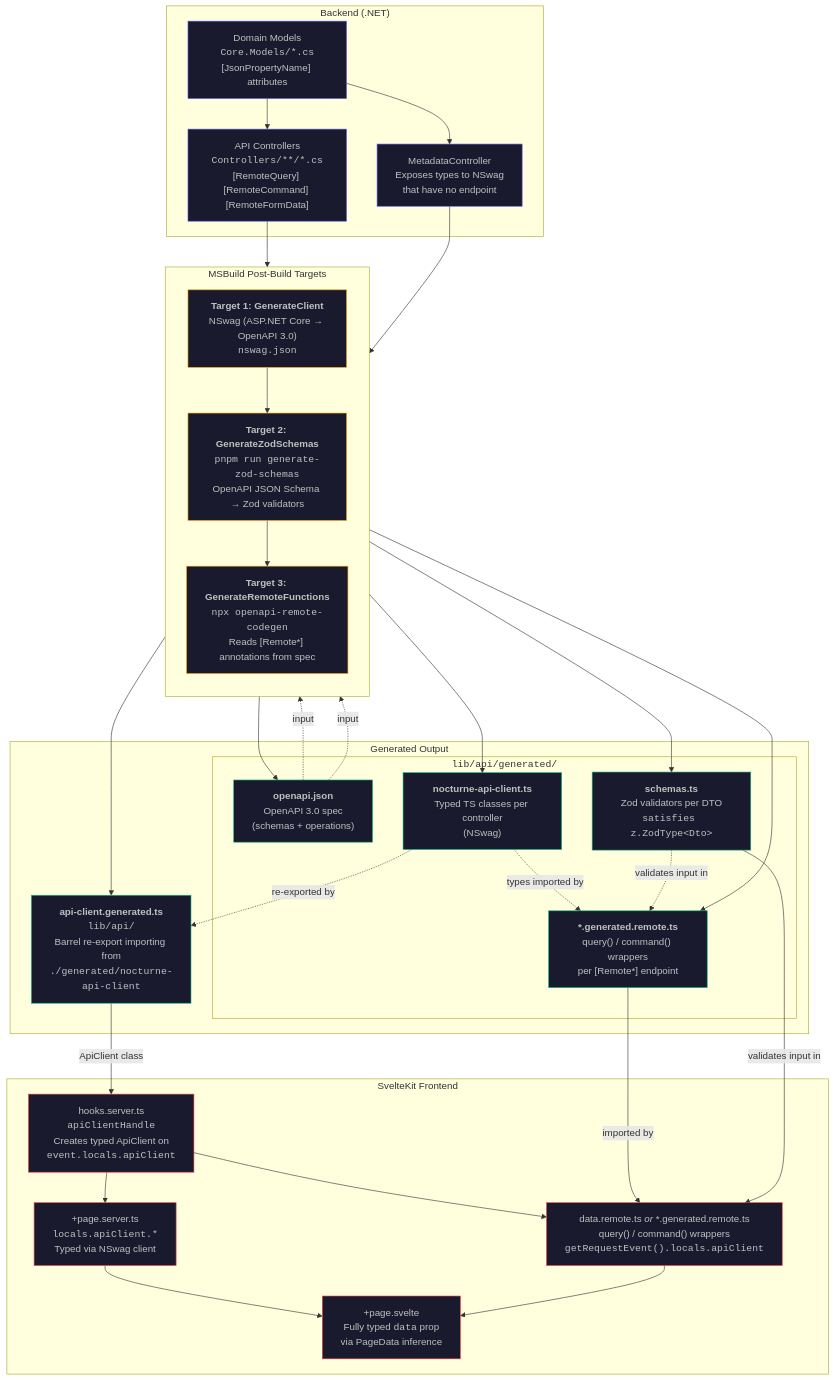
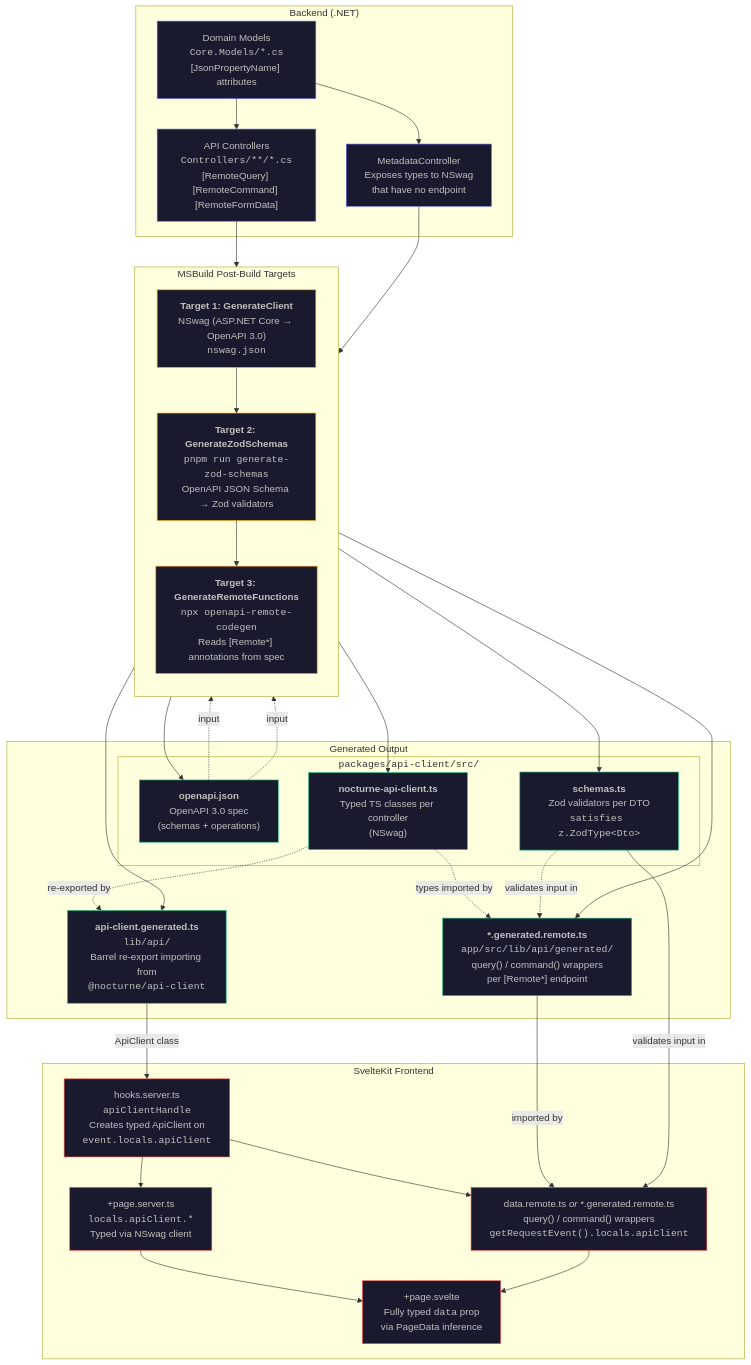
One commit to nightscout/nocturne changed the diagram in docs/diagrams/type-safety-pipeline.mmd. Above: the diagram before and after it, drawn with Mermaid. The commit also changed 347 other files, not shown here.

First line of the commit message:
refactor(web): the generated API client is a shared package, and the bot uses its types (#3629) (#3805)

```diff
--- a/docs/diagrams/type-safety-pipeline.mmd
+++ b/docs/diagrams/type-safety-pipeline.mmd
@@ -1,66 +1,66 @@
 flowchart TD
     subgraph backend ["Backend (.NET)"]
         DM["Domain Models<br/><code>Core.Models/*.cs</code><br/>[JsonPropertyName] attributes"]
         CTRL["API Controllers<br/><code>Controllers/**/*.cs</code><br/>[RemoteQuery] [RemoteCommand] [RemoteFormData]"]
         META["MetadataController<br/>Exposes types to NSwag<br/>that have no endpoint"]
         DM --> CTRL
         DM --> META
     end
 
     subgraph msbuild ["MSBuild Post-Build Targets"]
         direction TB
         T1["<b>Target 1: GenerateClient</b><br/>NSwag (ASP.NET Core → OpenAPI 3.0)<br/><code>nswag.json</code>"]
         T2["<b>Target 2: GenerateZodSchemas</b><br/><code>pnpm run generate-zod-schemas</code><br/>OpenAPI JSON Schema → Zod validators"]
         T3["<b>Target 3: GenerateRemoteFunctions</b><br/><code>npx openapi-remote-codegen</code><br/>Reads [Remote*] annotations from spec"]
         T1 --> T2 --> T3
     end
 
     subgraph generated ["Generated Output"]
-        subgraph gendir ["<code>lib/api/generated/</code>"]
+        subgraph gendir ["<code>packages/api-client/src/</code>"]
             OAS["<b>openapi.json</b><br/>OpenAPI 3.0 spec<br/>(schemas + operations)"]
             CLIENT["<b>nocturne-api-client.ts</b><br/>Typed TS classes per controller<br/>(NSwag)"]
             ZOD["<b>schemas.ts</b><br/>Zod validators per DTO<br/><code>satisfies z.ZodType&lt;Dto&gt;</code>"]
-            REMOTE["<b>*.generated.remote.ts</b><br/>query() / command() wrappers<br/>per [Remote*] endpoint"]
         end
-        APICLIENT["<b>api-client.generated.ts</b><br/><code>lib/api/</code><br/>Barrel re-export importing from<br/><code>./generated/nocturne-api-client</code>"]
+        REMOTE["<b>*.generated.remote.ts</b><br/><code>app/src/lib/api/generated/</code><br/>query() / command() wrappers<br/>per [Remote*] endpoint"]
+        APICLIENT["<b>api-client.generated.ts</b><br/><code>lib/api/</code><br/>Barrel re-export importing from<br/><code>@nocturne/api-client</code>"]
     end
 
     subgraph frontend ["SvelteKit Frontend"]
         HOOKS["hooks.server.ts<br/><code>apiClientHandle</code><br/>Creates typed ApiClient on<br/><code>event.locals.apiClient</code>"]
         LOAD["+page.server.ts<br/><code>locals.apiClient.*</code><br/>Typed via NSwag client"]
         REMOTEFN["data.remote.ts <i>or</i> *.generated.remote.ts<br/>query() / command() wrappers<br/><code>getRequestEvent().locals.apiClient</code>"]
         PAGE["+page.svelte<br/>Fully typed <code>data</code> prop<br/>via PageData inference"]
         HOOKS --> LOAD
         HOOKS --> REMOTEFN
         LOAD --> PAGE
         REMOTEFN --> PAGE
     end
 
     CTRL --> T1
     META --> T1
 
     T1 --> OAS
     T1 --> CLIENT
     T2 --> ZOD
     T3 --> REMOTE
     T3 --> APICLIENT
 
     OAS -.->|"input"| T2
     OAS -.->|"input"| T3
     CLIENT -.->|"types imported by"| REMOTE
     CLIENT -.->|"re-exported by"| APICLIENT
     ZOD -.->|"validates input in"| REMOTE
 
     APICLIENT -->|"ApiClient class"| HOOKS
     REMOTE -->|"imported by"| REMOTEFN
     ZOD -->|"validates input in"| REMOTEFN
 
     classDef backendNode fill:#1a1a2e,stroke:#6366f1,color:#c0c0c0
     classDef buildNode fill:#1a1a2e,stroke:#f59e0b,color:#c0c0c0
     classDef genNode fill:#1a1a2e,stroke:#10b981,color:#c0c0c0
     classDef feNode fill:#1a1a2e,stroke:#ef4444,color:#c0c0c0
 
     class DM,CTRL,META backendNode
     class T1,T2,T3 buildNode
     class OAS,CLIENT,ZOD,REMOTE,APICLIENT genNode
     class HOOKS,LOAD,REMOTEFN,PAGE feNode
```
